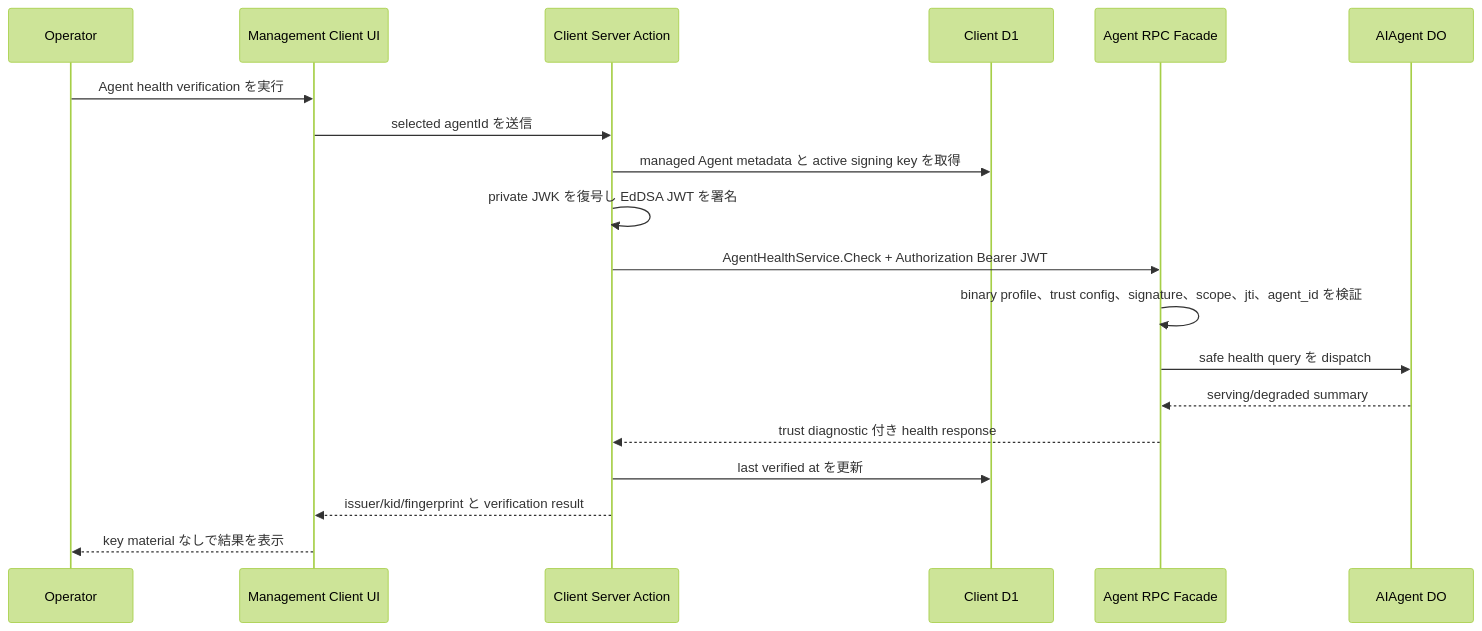
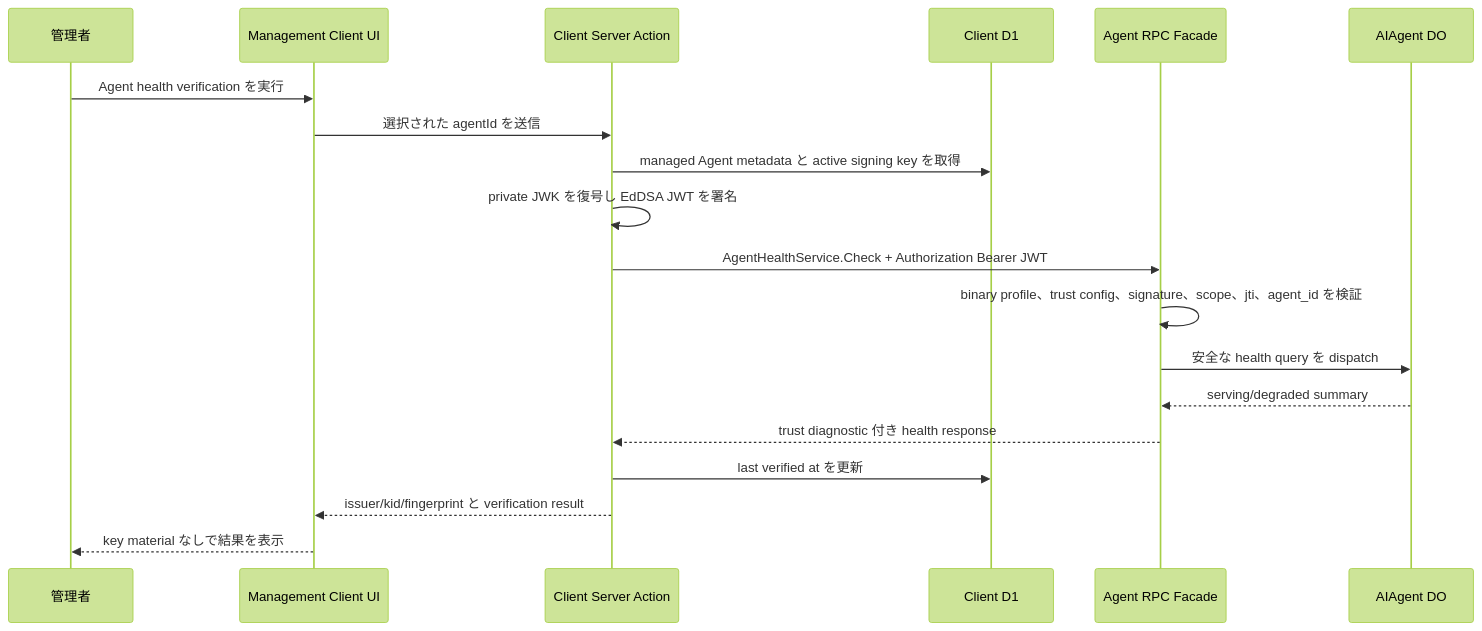
Before and after one commit to Suzlun/cf-tamac: the third of 6 diagrams in openspec/changes/enable-agent-ed25519-jwt-auth/design.md, drawn with Mermaid (forest theme). The commit also changed other lines of this file and 7 other files, not shown here.

````diff
--- a/openspec/changes/enable-agent-ed25519-jwt-auth/design.md
+++ b/openspec/changes/enable-agent-ed25519-jwt-auth/design.md
@@ -236,22 +236,22 @@
 ```mermaid
 sequenceDiagram
-  participant O as Operator
+  participant O as 管理者
   participant UI as Management Client UI
   participant CS as Client Server Action
   participant DB as Client D1
   participant AS as Agent RPC Facade
   participant DO as AIAgent DO
 
   O->>UI: Agent health verification を実行
-  UI->>CS: selected agentId を送信
+  UI->>CS: 選択された agentId を送信
   CS->>DB: managed Agent metadata と active signing key を取得
   CS->>CS: private JWK を復号し EdDSA JWT を署名
   CS->>AS: AgentHealthService.Check + Authorization Bearer JWT
   AS->>AS: binary profile、trust config、signature、scope、jti、agent_id を検証
-  AS->>DO: safe health query を dispatch
+  AS->>DO: 安全な health query を dispatch
   DO-->>AS: serving/degraded summary
   AS-->>CS: trust diagnostic 付き health response
   CS->>DB: last verified at を更新
   CS-->>UI: issuer/kid/fingerprint と verification result
   UI-->>O: key material なしで結果を表示
 ```
````
